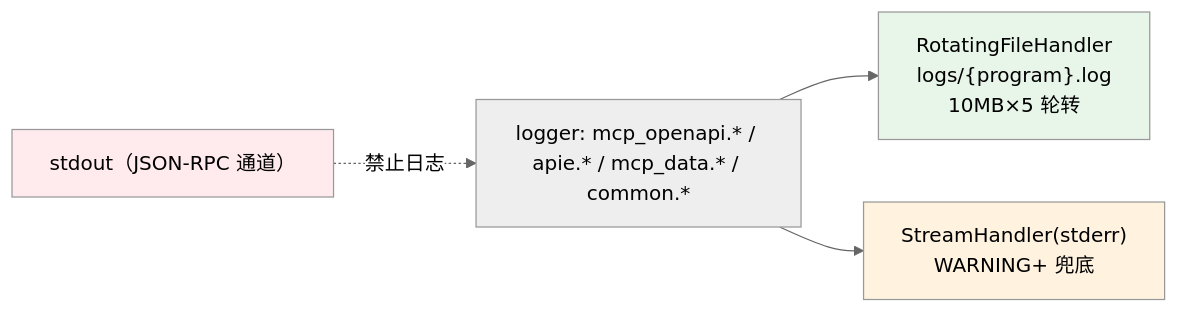
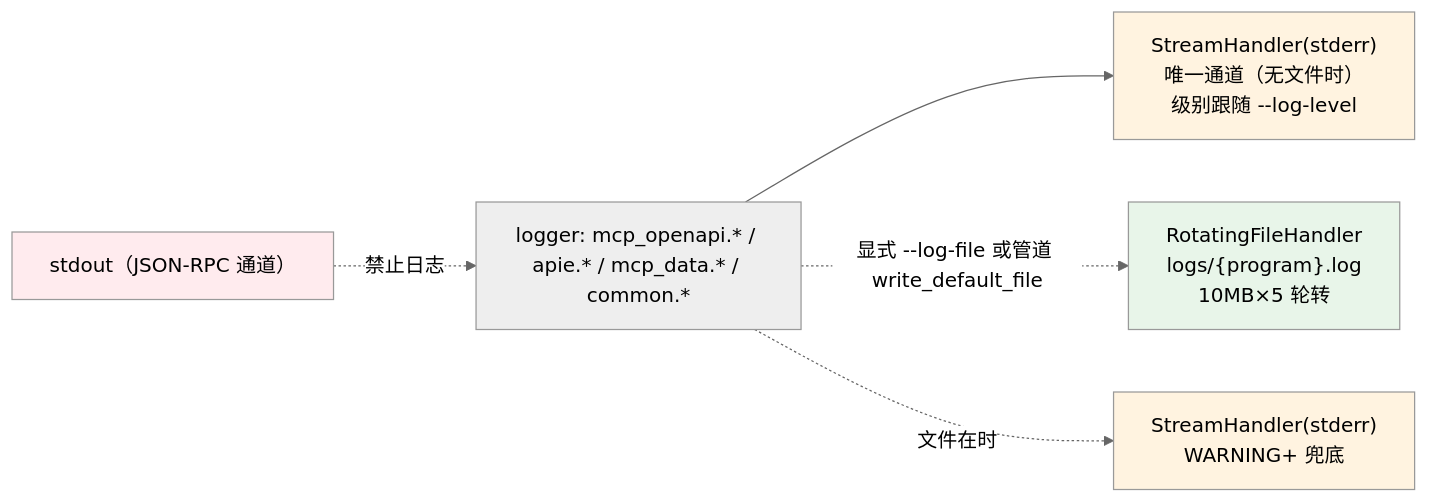
One commit to huaweicloud-mate/huaweicloud-open-mcp changed the third of 3 diagrams in docs/architecture.md. Above: the diagram before and after it, drawn with Mermaid (neutral theme). The commit also changed other lines of this file and 11 other files, not shown here.

First line of the commit message:
feat: MCP server 缺省不落盘，日志改为 stderr 单通道

````diff
--- a/docs/architecture.md
+++ b/docs/architecture.md
@@ -132,10 +132,12 @@
 ```mermaid
 flowchart LR
-    A["logger: mcp_openapi.* / apie.* / mcp_data.* / common.*"] --> B["RotatingFileHandler<br/>logs/{program}.log<br/>10MB×5 轮转"]
-    A --> C["StreamHandler(stderr)<br/>WARNING+ 兜底"]
+    A["logger: mcp_openapi.* / apie.* / mcp_data.* / common.*"] --> C["StreamHandler(stderr)<br/>唯一通道（无文件时）<br/>级别跟随 --log-level"]
+    A -. "显式 --log-file 或管道 write_default_file" .-> B["RotatingFileHandler<br/>logs/{program}.log<br/>10MB×5 轮转"]
+    A -. "文件在时" .-> E["StreamHandler(stderr)<br/>WARNING+ 兜底"]
     D["stdout（JSON-RPC 通道）"] -. "禁止日志" .-> A
 
     style B fill:#e8f5e9
     style C fill:#fff3e0
+    style E fill:#fff3e0
     style D fill:#ffebee
 ```
````
